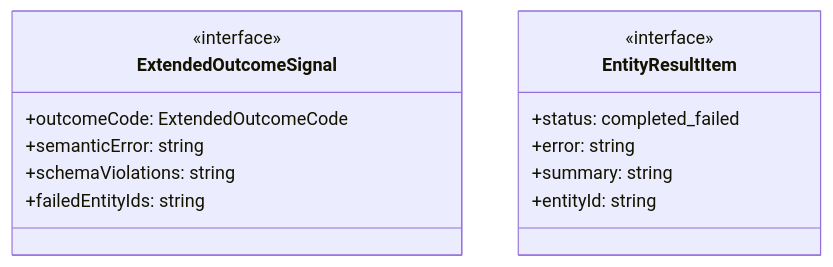
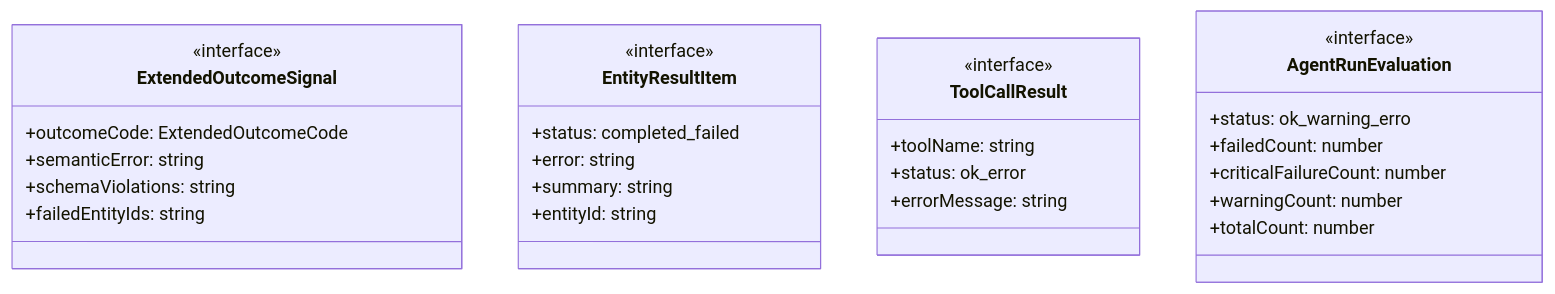
One commit to Mekann2904/mekann changed the first of 4 diagrams in ABDD/.pi/lib/agent-errors.md. Above: the diagram before and after it, drawn with Mermaid. The commit also changed other lines of this file and 205 other files, not shown here.

````diff
--- a/ABDD/.pi/lib/agent-errors.md
+++ b/ABDD/.pi/lib/agent-errors.md
@@ -55,17 +63,31 @@
 ```mermaid
 classDiagram
   class ExtendedOutcomeSignal {
     <<interface>>
     +outcomeCode: ExtendedOutcomeCode
     +semanticError: string
     +schemaViolations: string
     +failedEntityIds: string
   }
   class EntityResultItem {
     <<interface>>
     +status: completed_failed
     +error: string
     +summary: string
     +entityId: string
   }
+  class ToolCallResult {
+    <<interface>>
+    +toolName: string
+    +status: ok_error
+    +errorMessage: string
+  }
+  class AgentRunEvaluation {
+    <<interface>>
+    +status: ok_warning_erro
+    +failedCount: number
+    +criticalFailureCount: number
+    +warningCount: number
+    +totalCount: number
+  }
 ```
````
